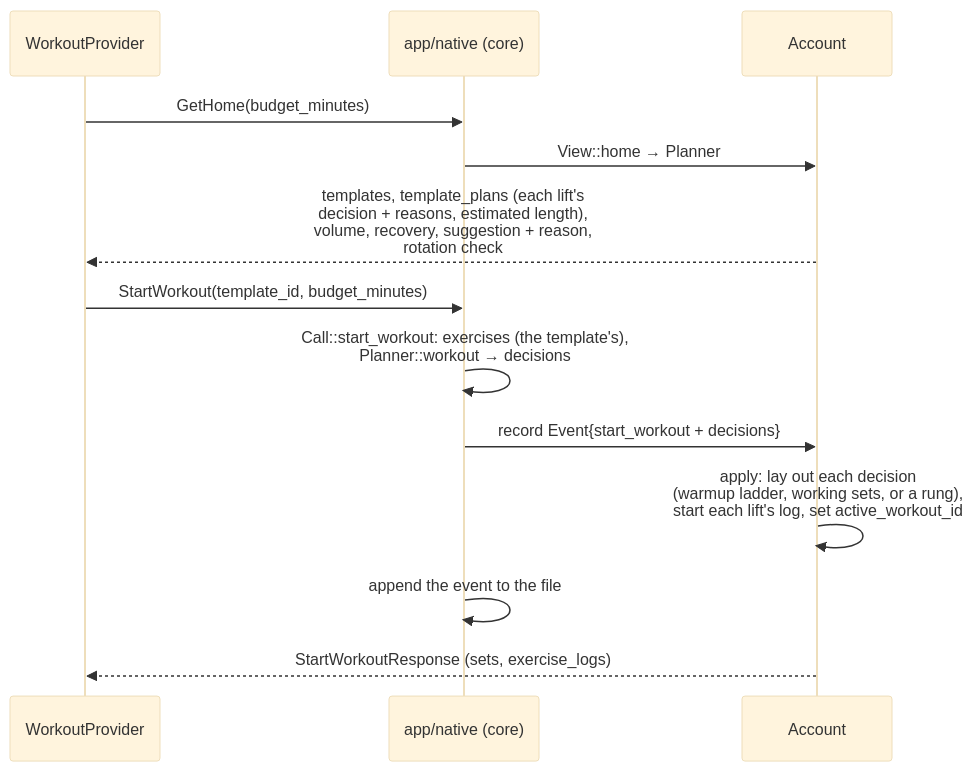
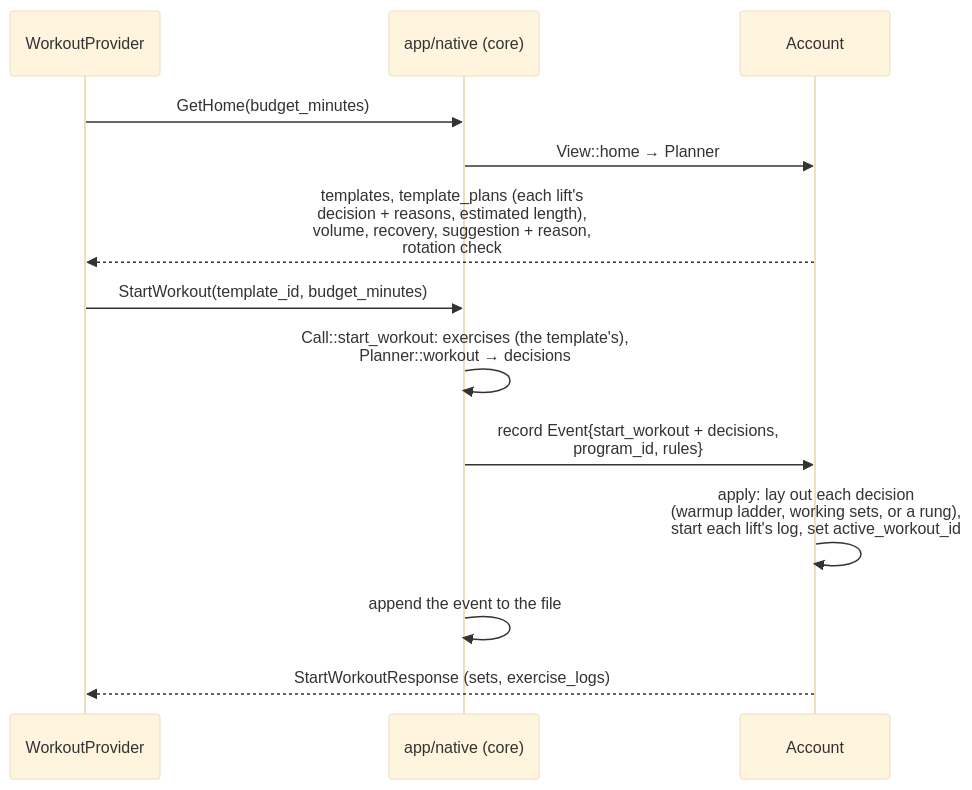
One commit to brensch/lift changed the third of 7 diagrams in docs/architecture/workout-lifecycle.md. Above: the diagram before and after it, drawn with Mermaid (base theme). The commit also changed other lines of this file and 8 other files, not shown here.

First line of the commit message:
Docs: the architecture as built on programs

````diff
--- a/docs/architecture/workout-lifecycle.md
+++ b/docs/architecture/workout-lifecycle.md
@@ -253,17 +334,17 @@
 ```mermaid
 sequenceDiagram
     participant App as WorkoutProvider
     participant N as app/native (core)
     participant A as Account
 
     App->>N: GetHome(budget_minutes)
     N->>A: View::home → Planner
     A-->>App: templates, template_plans (each lift's<br/>decision + reasons, estimated length),<br/>volume, recovery, suggestion + reason,<br/>rotation check
 
     App->>N: StartWorkout(template_id, budget_minutes)
     N->>N: Call::start_workout: exercises (the template's),<br/>Planner::workout → decisions
-    N->>A: record Event{start_workout + decisions}
+    N->>A: record Event{start_workout + decisions,<br/>program_id, rules}
     A->>A: apply: lay out each decision<br/>(warmup ladder, working sets, or a rung),<br/>start each lift's log, set active_workout_id
     N->>N: append the event to the file
     A-->>App: StartWorkoutResponse (sets, exercise_logs)
 ```
````
